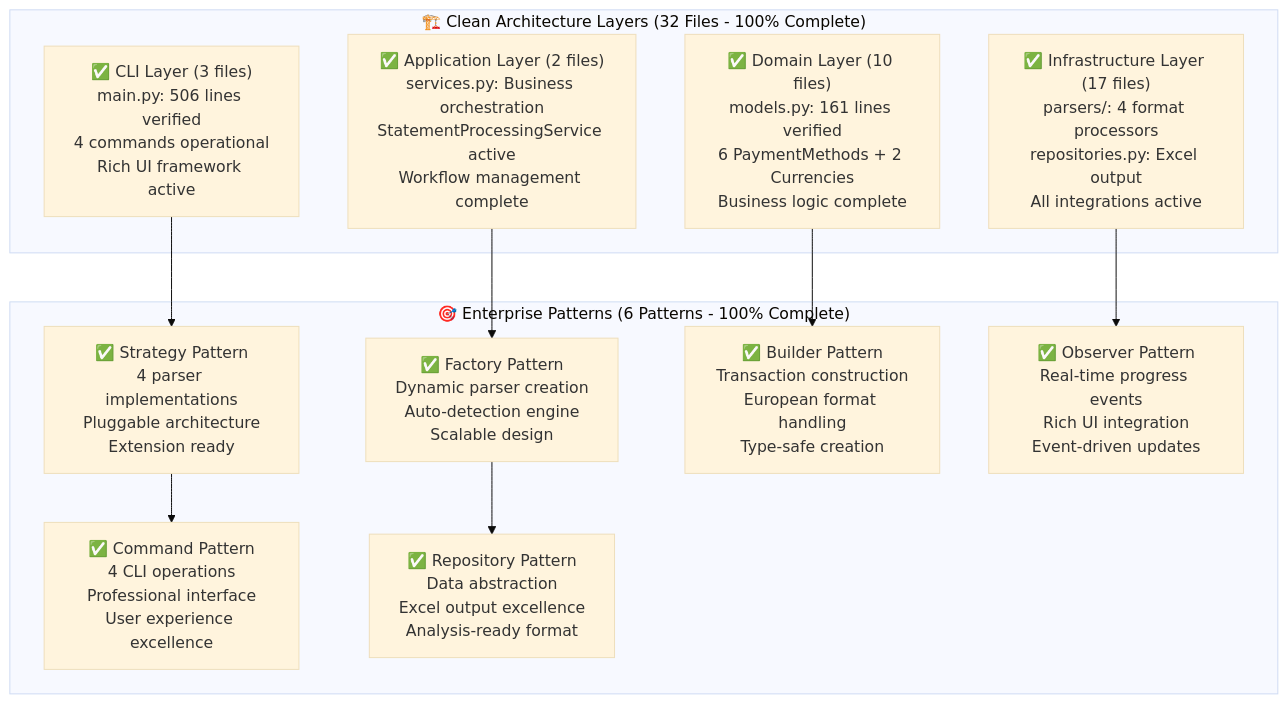
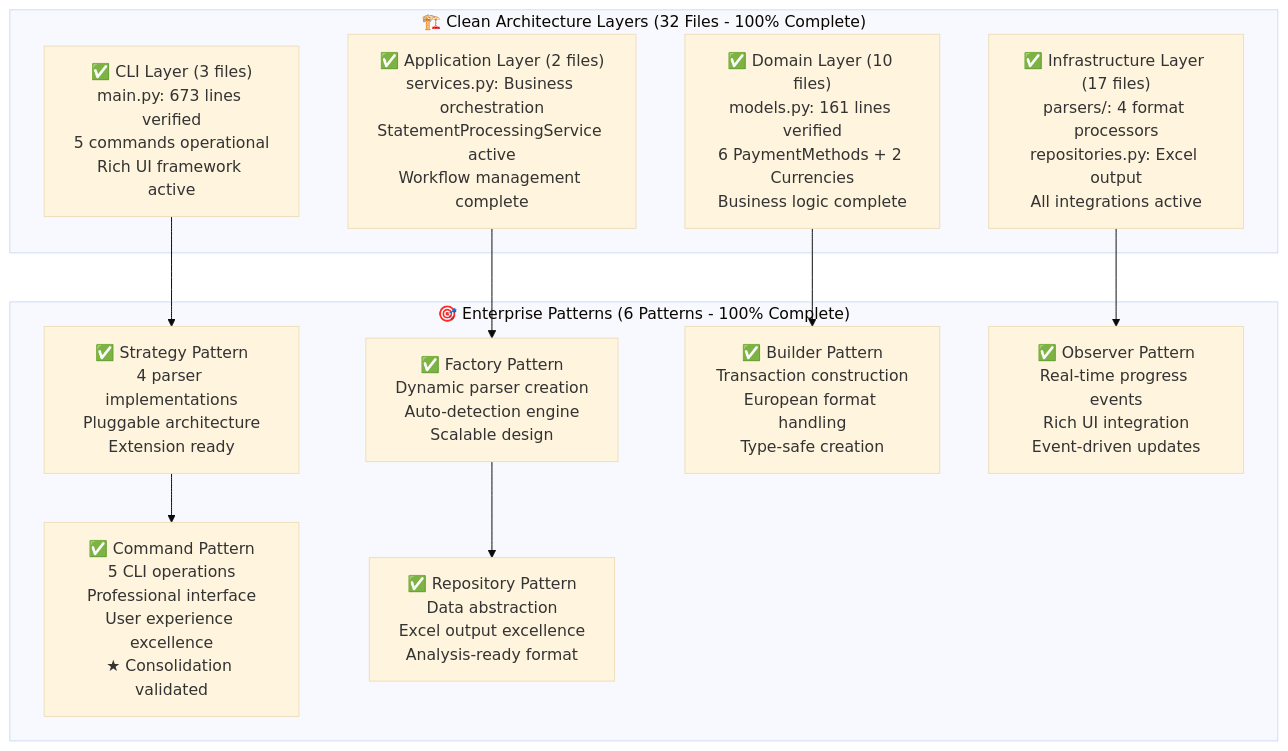
The third of 13 diagrams in memory-bank/progress.md (EduuardoPerez/financial-statement-processor), drawn with Mermaid (base theme) before and after one commit. The commit also changed other lines of this file and 20 other files, not shown here.

````diff
--- a/memory-bank/progress.md
+++ b/memory-bank/progress.md
@@ -52,34 +52,34 @@
 ```mermaid
 graph TB
     subgraph "🏗️ Clean Architecture Layers (32 Files - 100% Complete)"
-        CLI_COMPLETE["✅ CLI Layer (3 files)<br/>main.py: 506 lines verified<br/>4 commands operational<br/>Rich UI framework active"]
+        CLI_COMPLETE["✅ CLI Layer (3 files)<br/>main.py: 673 lines verified<br/>5 commands operational<br/>Rich UI framework active"]
 
         APP_COMPLETE["✅ Application Layer (2 files)<br/>services.py: Business orchestration<br/>StatementProcessingService active<br/>Workflow management complete"]
 
         DOMAIN_COMPLETE["✅ Domain Layer (10 files)<br/>models.py: 161 lines verified<br/>6 PaymentMethods + 2 Currencies<br/>Business logic complete"]
 
         INFRA_COMPLETE["✅ Infrastructure Layer (17 files)<br/>parsers/: 4 format processors<br/>repositories.py: Excel output<br/>All integrations active"]
     end
 
     subgraph "🎯 Enterprise Patterns (6 Patterns - 100% Complete)"
         STRATEGY_COMPLETE["✅ Strategy Pattern<br/>4 parser implementations<br/>Pluggable architecture<br/>Extension ready"]
 
         FACTORY_COMPLETE["✅ Factory Pattern<br/>Dynamic parser creation<br/>Auto-detection engine<br/>Scalable design"]
 
         BUILDER_COMPLETE["✅ Builder Pattern<br/>Transaction construction<br/>European format handling<br/>Type-safe creation"]
 
         OBSERVER_COMPLETE["✅ Observer Pattern<br/>Real-time progress events<br/>Rich UI integration<br/>Event-driven updates"]
 
-        COMMAND_COMPLETE["✅ Command Pattern<br/>4 CLI operations<br/>Professional interface<br/>User experience excellence"]
+        COMMAND_COMPLETE["✅ Command Pattern<br/>5 CLI operations<br/>Professional interface<br/>User experience excellence<br/>★ Consolidation validated"]
 
         REPOSITORY_COMPLETE["✅ Repository Pattern<br/>Data abstraction<br/>Excel output excellence<br/>Analysis-ready format"]
     end
 
     CLI_COMPLETE --> STRATEGY_COMPLETE
     APP_COMPLETE --> FACTORY_COMPLETE
     DOMAIN_COMPLETE --> BUILDER_COMPLETE
     INFRA_COMPLETE --> OBSERVER_COMPLETE
 
     STRATEGY_COMPLETE --> COMMAND_COMPLETE
     FACTORY_COMPLETE --> REPOSITORY_COMPLETE
 ```
````
